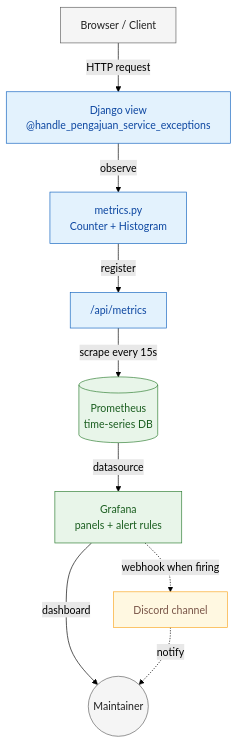
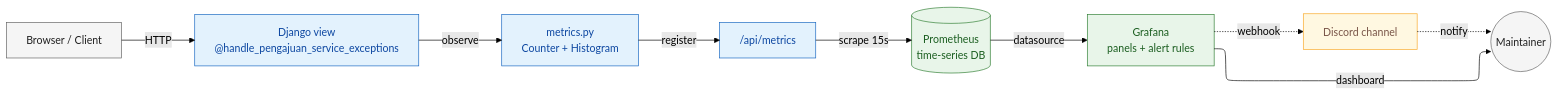
One commit to HusinHakim/blog-husin changed the diagram in content/post/monitoring-pengajuan-prometheus.md. Above: the diagram before and after it, drawn with Mermaid (forest theme).

Commit message:
Switch monitoring diagram to LR with elk renderer for branching diagonal layout

```diff
--- a/content/post/monitoring-pengajuan-prometheus.md
+++ b/content/post/monitoring-pengajuan-prometheus.md
@@ -16,30 +16,31 @@
 {{< mermaid >}}
-flowchart TD
+%%{init: {'flowchart': {'defaultRenderer': 'elk', 'curve': 'basis'}}}%%
+flowchart LR
     Client["Browser / Client"]
     Django["Django view<br/>@handle_pengajuan_service_exceptions"]
     Metrics["metrics.py<br/>Counter + Histogram"]
     Endpoint["/api/metrics"]
     Prom[("Prometheus<br/>time-series DB")]
     Grafana["Grafana<br/>panels + alert rules"]
     Discord["Discord channel"]
     Maintainer((Maintainer))
 
-    Client -->|HTTP request| Django
+    Client -->|HTTP| Django
     Django -->|observe| Metrics
     Metrics -->|register| Endpoint
-    Endpoint -->|scrape every 15s| Prom
+    Endpoint -->|scrape 15s| Prom
     Prom -->|datasource| Grafana
     Grafana -->|dashboard| Maintainer
-    Grafana -.->|webhook when firing| Discord
+    Grafana -.->|webhook| Discord
     Discord -.->|notify| Maintainer
 
     classDef app fill:#e3f2fd,stroke:#1565c0,color:#0d47a1
     classDef stack fill:#e8f5e9,stroke:#2e7d32,color:#1b5e20
     classDef notify fill:#fff8e1,stroke:#f9a825,color:#795548
     classDef actor fill:#f5f5f5,stroke:#616161,color:#212121
 
     class Django,Metrics,Endpoint app
     class Prom,Grafana stack
     class Discord notify
     class Client,Maintainer actor
 {{< /mermaid >}}
```
